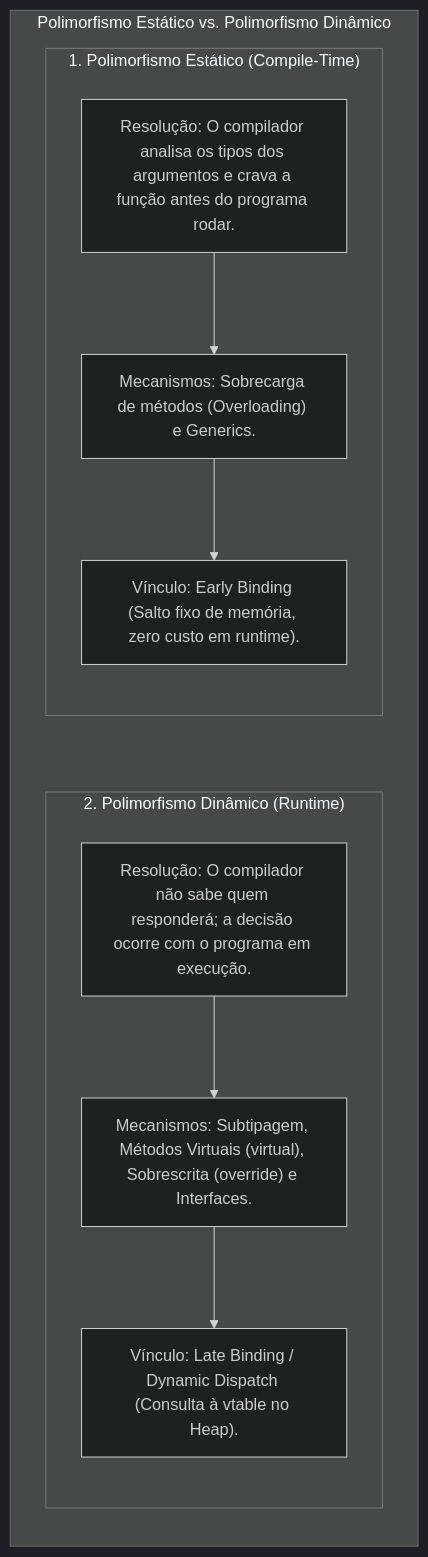
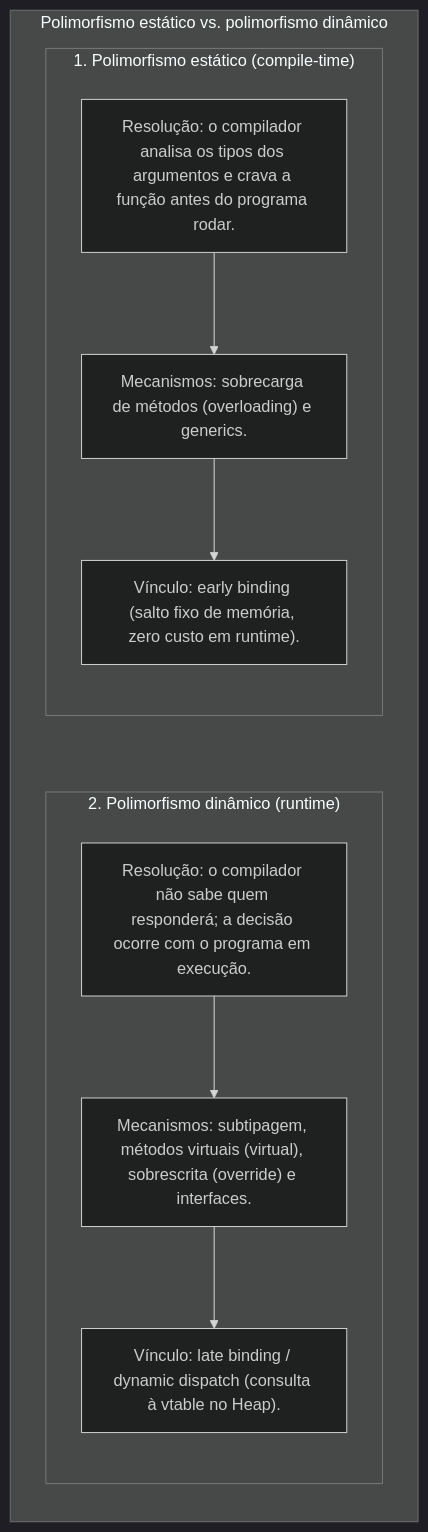
Before and after one commit to leorruas/puc: the fourth of 10 diagrams in 01. Programacao Modular/17. Sobreposição de métodos (virtual e override).md, drawn with Mermaid (dark theme). The commit also changed other lines of this file and 3 other files, not shown here.

Commit message:
docs(modular): atualiza artigo 17, guia de sintaxe 01, glossario e prompts com sentence case e tipos decimais

````diff
--- a/01. Programacao Modular/17. Sobreposição de métodos (virtual e override).md
+++ b/01. Programacao Modular/17. Sobreposição de métodos (virtual e override).md
@@ -162,24 +162,24 @@
 ```mermaid
 flowchart TD
-    subgraph DicotomiaPolimorfismo ["Polimorfismo Estático vs. Polimorfismo Dinâmico"]
+    subgraph DicotomiaPolimorfismo ["Polimorfismo estático vs. polimorfismo dinâmico"]
         direction TB
 
-        subgraph Estatico ["1. Polimorfismo Estático (Compile-Time)"]
+        subgraph Estatico ["1. Polimorfismo estático (compile-time)"]
             direction TB
-            PE1["Resolução: O compilador analisa os tipos dos argumentos e crava a função antes do programa rodar."]
-            PE2["Mecanismos: Sobrecarga de métodos (Overloading) e Generics."]
-            PE3["Vínculo: Early Binding (Salto fixo de memória, zero custo em runtime)."]
+            PE1["Resolução: o compilador analisa os tipos dos argumentos e crava a função antes do programa rodar."]
+            PE2["Mecanismos: sobrecarga de métodos (overloading) e generics."]
+            PE3["Vínculo: early binding (salto fixo de memória, zero custo em runtime)."]
             PE1 --> PE2 --> PE3
         end
 
-        subgraph Dinamico ["2. Polimorfismo Dinâmico (Runtime)"]
+        subgraph Dinamico ["2. Polimorfismo dinâmico (runtime)"]
             direction TB
-            PD1["Resolução: O compilador não sabe quem responderá; a decisão ocorre com o programa em execução."]
-            PD2["Mecanismos: Subtipagem, Métodos Virtuais (virtual), Sobrescrita (override) e Interfaces."]
-            PD3["Vínculo: Late Binding / Dynamic Dispatch (Consulta à vtable no Heap)."]
+            PD1["Resolução: o compilador não sabe quem responderá; a decisão ocorre com o programa em execução."]
+            PD2["Mecanismos: subtipagem, métodos virtuais (virtual), sobrescrita (override) e interfaces."]
+            PD3["Vínculo: late binding / dynamic dispatch (consulta à vtable no Heap)."]
             PD1 --> PD2 --> PD3
         end
 
         Estatico ~~~ Dinamico
     end
 ```
````
